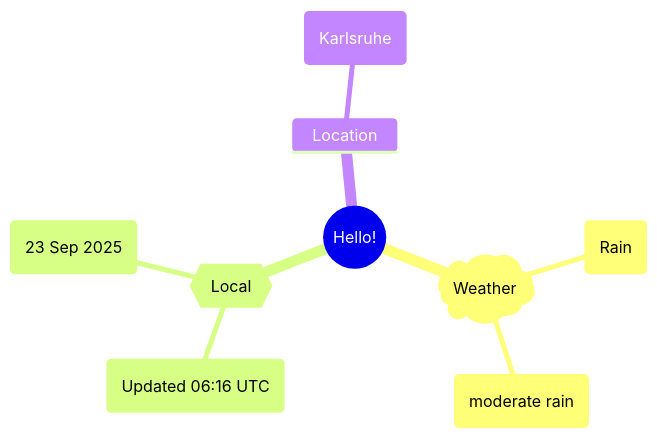
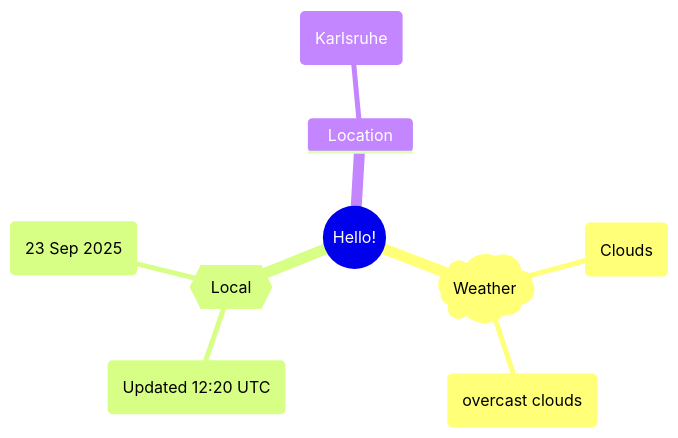
One commit to Xosrov/Xosrov changed the first of 2 diagrams in README.md. Above: the diagram before and after it, drawn with Mermaid.

Commit message:
[bot] updated images

````diff
--- a/README.md
+++ b/README.md
@@ -3,12 +3,12 @@
 ```mermaid
 mindmap
   root((Hello!))
     )Weather(
-        (Rain)
-        (moderate rain)
+        (Clouds)
+        (overcast clouds)
     {{Local}}
-        (Updated 06:16 UTC)
+        (Updated 12:20 UTC)
         (23 Sep 2025)
     Location
         (Karlsruhe)
 ```
````
